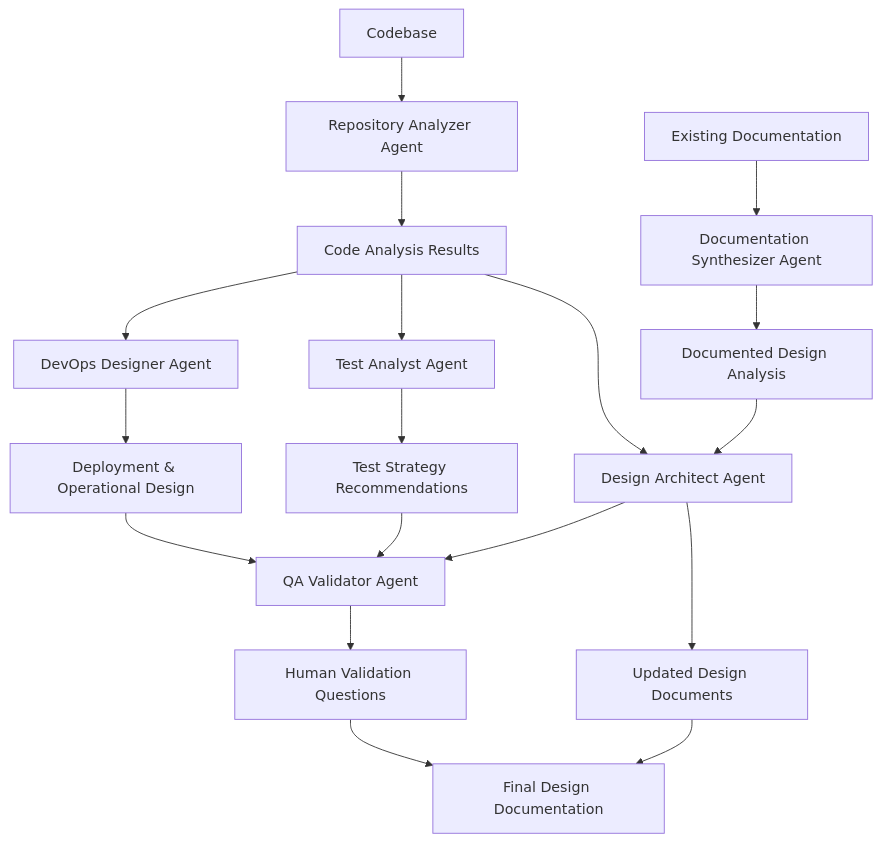
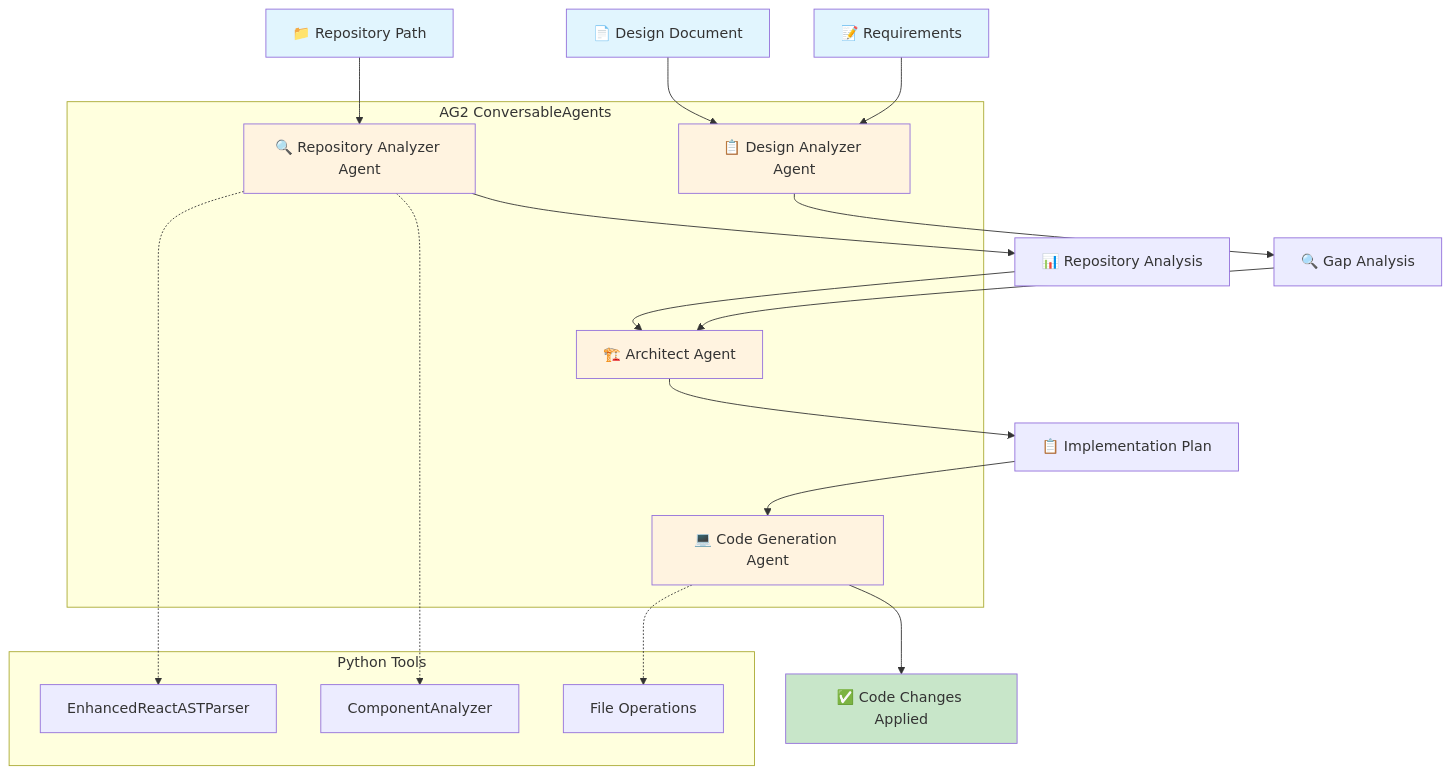
Before and after one commit to chandrahasM/AG2-SDLC: the first of 2 diagrams in README.md, drawn with Mermaid. The commit also changed other lines of this file and 55 other files, not shown here.

First line of the commit message:
feat: Complete AG2 Multi-Agent Frontend Analysis System

````diff
--- a/README.md
+++ b/README.md
@@ -70,26 +72,43 @@
 ```mermaid
 graph TD
-    A[Codebase] --> B[Repository Analyzer Agent]
-    B --> C[Code Analysis Results]
+    A[📁 Repository Path] --> B[🔍 Repository Analyzer Agent]
+    C[📄 Design Document] --> D[📋 Design Analyzer Agent]
+    E[📝 Requirements] --> D
     
-    D[Existing Documentation] --> E[Documentation Synthesizer Agent]
-    E --> F[Documented Design Analysis]
+    B --> F[📊 Repository Analysis]
+    D --> G[🔍 Gap Analysis]
     
-    C --> G[Design Architect Agent]
-    F --> G
-    G --> H[Updated Design Documents]
+    F --> H[🏗️ Architect Agent]
+    G --> H
     
-    C --> I[Test Analyst Agent]
-    I --> J[Test Strategy Recommendations]
+    H --> I[📋 Implementation Plan]
+    I --> J[💻 Code Generation Agent]
     
-    C --> K[DevOps Designer Agent]
-    K --> L[Deployment & Operational Design]
+    J --> K[✅ Code Changes Applied]
     
-    G --> M[QA Validator Agent]
-    J --> M
-    L --> M
-    M --> N[Human Validation Questions]
+    subgraph "AG2 ConversableAgents"
+        B
+        D
+        H
+        J
+    end
     
-    H --> O[Final Design Documentation]
-    N --> O
+    subgraph "Python Tools"
+        L[EnhancedReactASTParser]
+        M[ComponentAnalyzer]
+        N[File Operations]
+    end
+    
+    B -.-> L
+    B -.-> M
+    J -.-> N
+    
+    style A fill:#e1f5fe
+    style C fill:#e1f5fe
+    style E fill:#e1f5fe
+    style K fill:#c8e6c9
+    style B fill:#fff3e0
+    style D fill:#fff3e0
+    style H fill:#fff3e0
+    style J fill:#fff3e0
 ```
````
